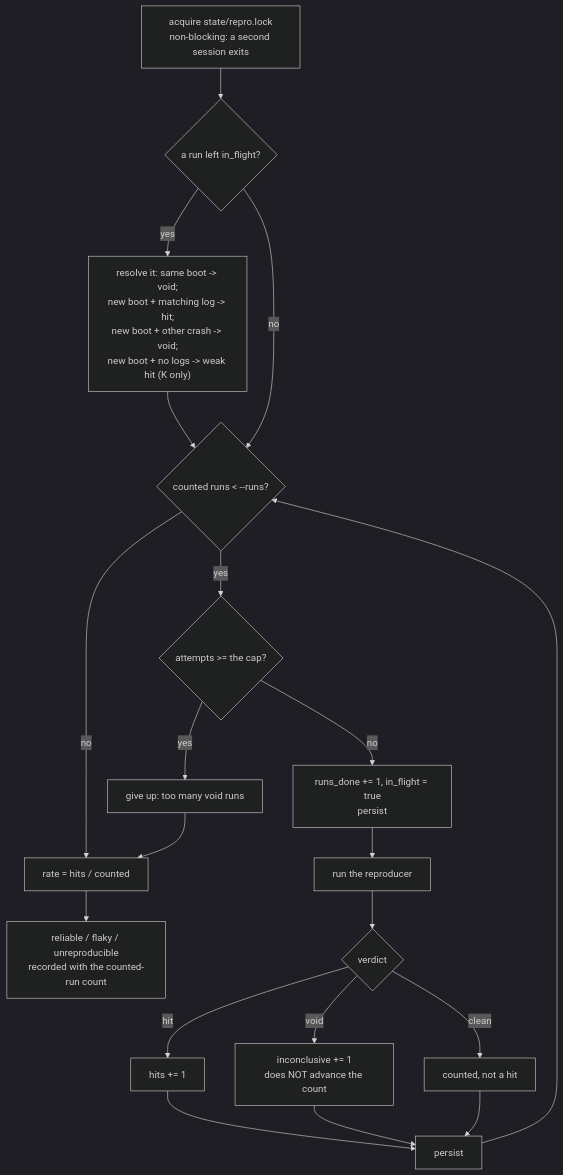
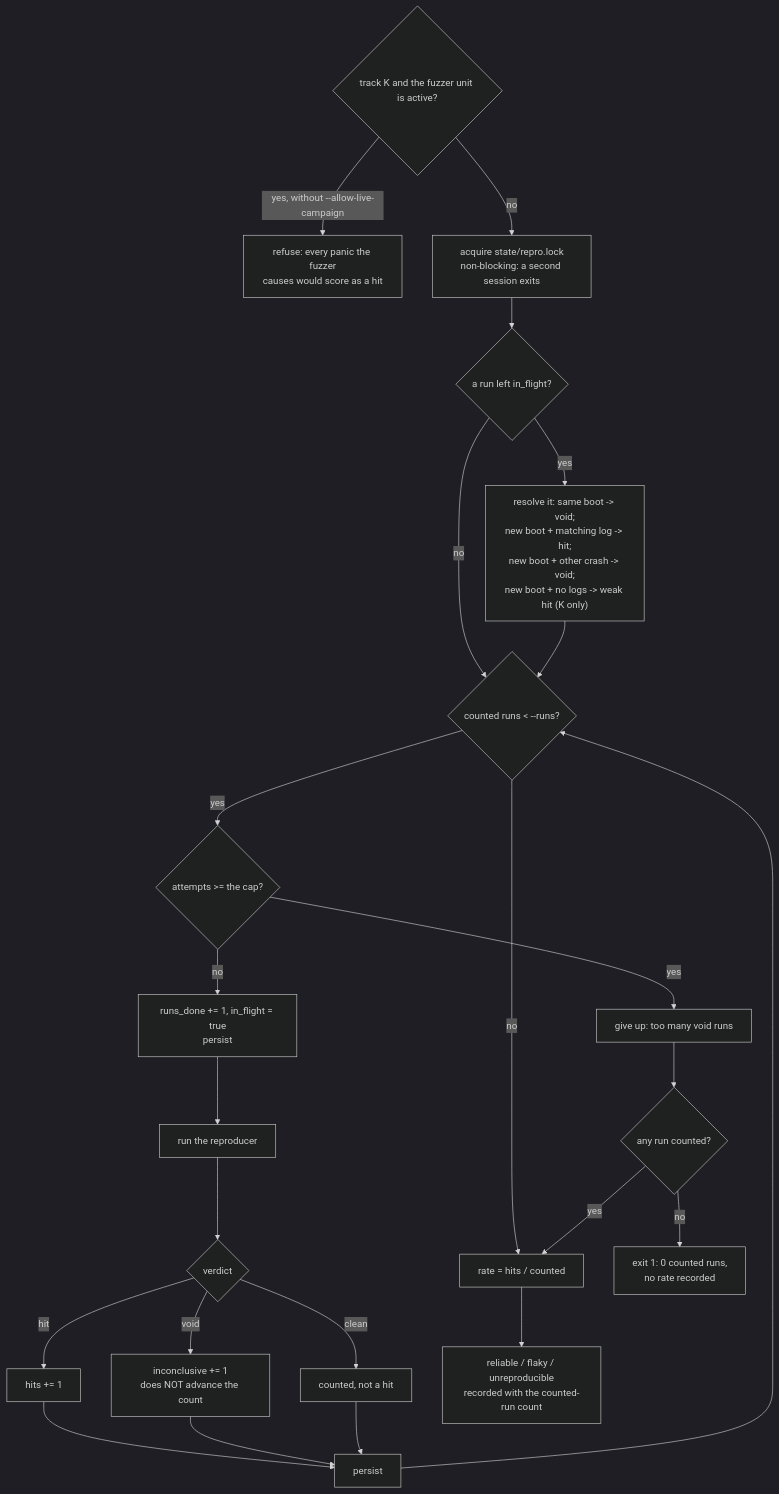
The eighth of 11 diagrams in docs/src/content/docs/architecture/loops.md (Indspl0it/gspwn), drawn with Mermaid (dark theme) before and after one commit. The commit also changed other lines of this file and 15 other files, not shown here.

First line of the commit message:
Rewrite the Architecture pages against source

````diff
--- a/docs/src/content/docs/architecture/loops.md
+++ b/docs/src/content/docs/architecture/loops.md
@@ -319,22 +330,26 @@
 ```mermaid
 flowchart TB
-  L["acquire state/repro.lock<br/>non-blocking: a second session exits"] --> REC{"a run left in_flight?"}
+  K0{"track K and the fuzzer unit is active?"} -->|"yes, without --allow-live-campaign"| REFUSE["refuse: every panic the fuzzer<br/>causes would score as a hit"]
+  K0 -->|no| L["acquire state/repro.lock<br/>non-blocking: a second session exits"]
+  L --> REC{"a run left in_flight?"}
   REC -->|yes| RESOLVE["resolve it: same boot -> void;<br/>new boot + matching log -> hit;<br/>new boot + other crash -> void;<br/>new boot + no logs -> weak hit (K only)"]
   REC -->|no| CHK
   RESOLVE --> CHK{"counted runs &lt; --runs?"}
   CHK -->|no| RATE["rate = hits / counted"]
   CHK -->|yes| CAP{"attempts &gt;= the cap?"}
   CAP -->|yes| GIVE["give up: too many void runs"]
   CAP -->|no| MARK["runs_done += 1, in_flight = true<br/>persist"]
   MARK --> RUN["run the reproducer"]
   RUN --> SCORE{"verdict"}
   SCORE -->|hit| H["hits += 1"]
   SCORE -->|void| V["inconclusive += 1<br/>does NOT advance the count"]
   SCORE -->|clean| C["counted, not a hit"]
   H --> PER["persist"]
   V --> PER
   C --> PER
   PER --> CHK
-  GIVE --> RATE
+  GIVE --> ANY{"any run counted?"}
+  ANY -->|no| EX1["exit 1: 0 counted runs,<br/>no rate recorded"]
+  ANY -->|yes| RATE
   RATE --> CLS["reliable / flaky / unreproducible<br/>recorded with the counted-run count"]
 ```
````
